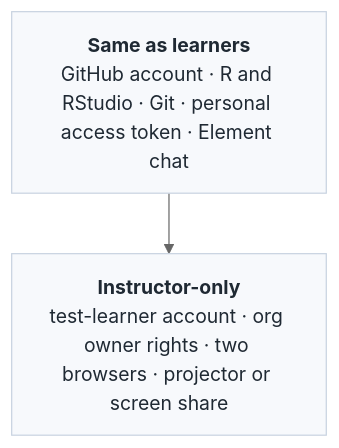
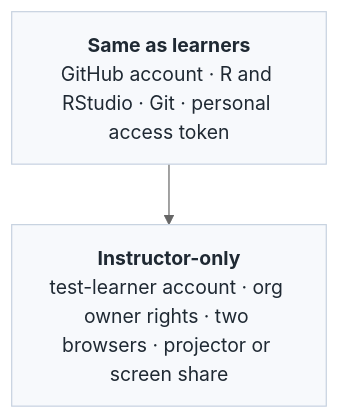
The diagram in ch-teacher-setup.qmd (gitforsci/website), drawn with Mermaid (neutral theme) before and after one commit. The commit also changed other lines of this file and 17 other files, not shown here.

````diff
--- a/ch-teacher-setup.qmd
+++ b/ch-teacher-setup.qmd
@@ -15,9 +15,9 @@
 ```{mermaid}
 flowchart TD
     classDef layer fill:#f7f9fc,stroke:#c7d2e0,color:#1f2933;
 
-    S["<b>Same as learners</b><br/>GitHub account · R and RStudio · Git · personal access token · Element chat"]:::layer
+    S["<b>Same as learners</b><br/>GitHub account · R and RStudio · Git · personal access token"]:::layer
     E["<b>Instructor-only</b><br/>test-learner account · org owner rights · two browsers · projector or screen share"]:::layer
 
     S --> E
 ```
````
